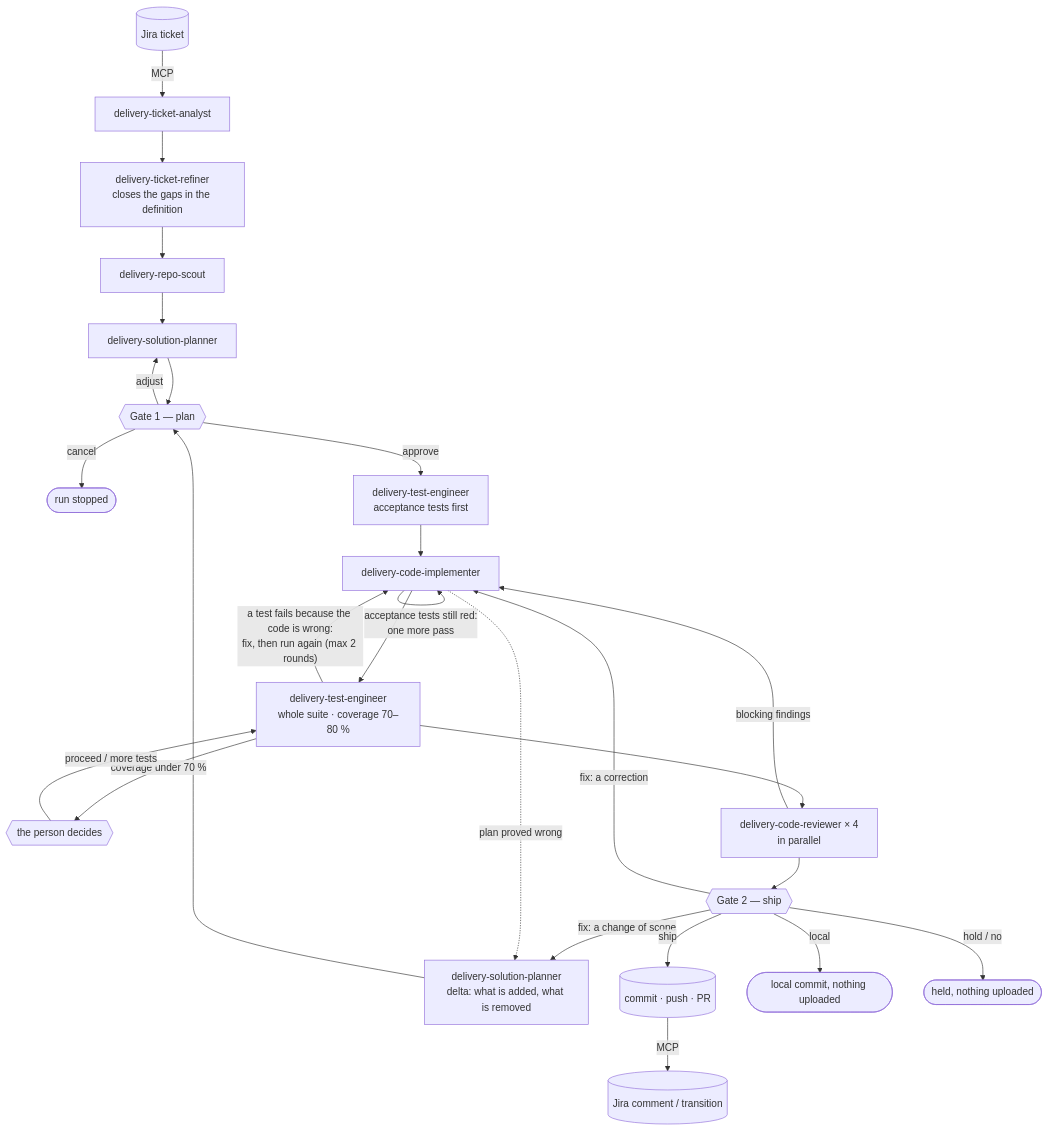
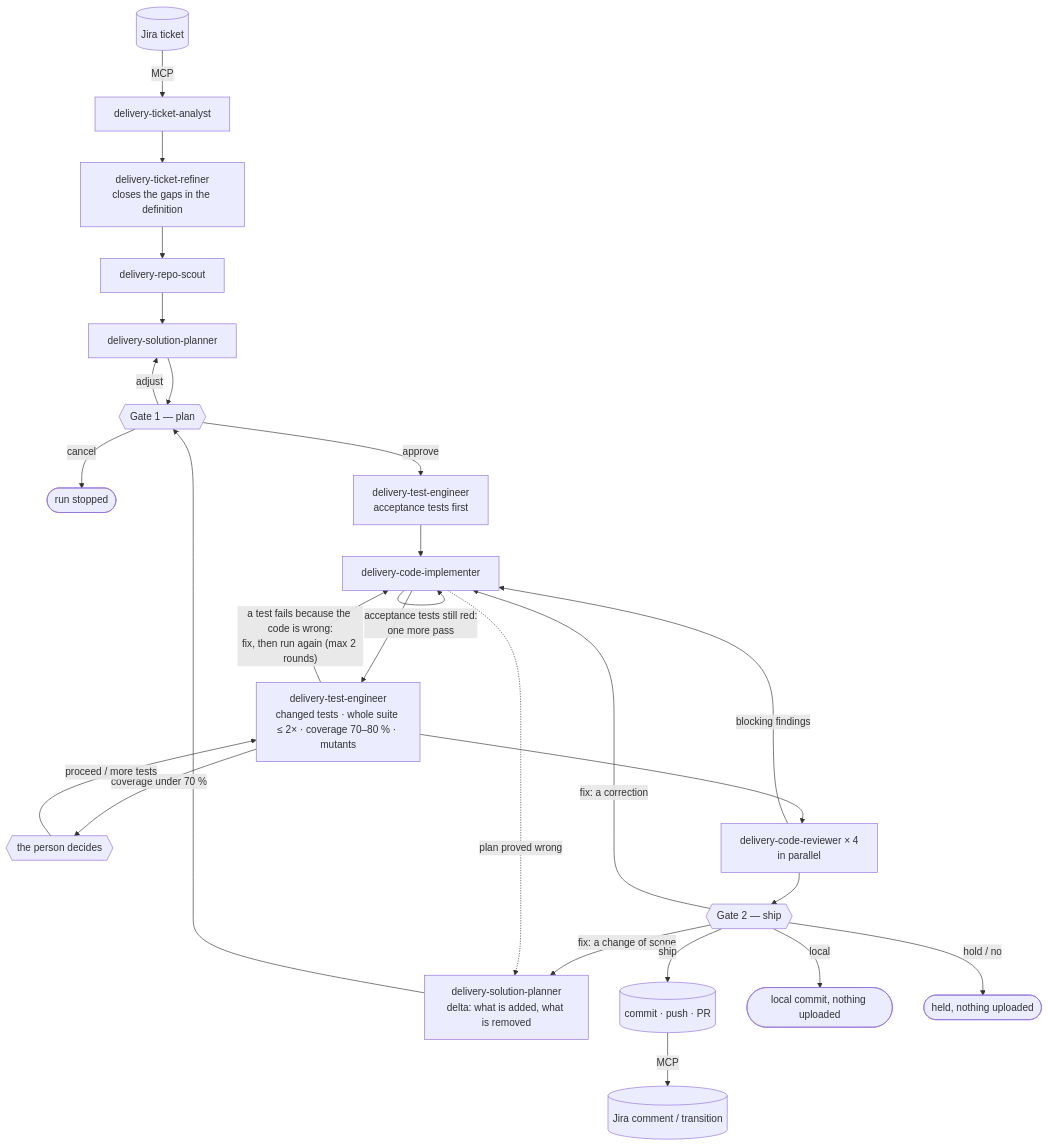
The diagram in README.md (grananda/ai-enabler), drawn with Mermaid before and after one commit. The commit also changed other lines of this file and 29 other files, not shown here.

````diff
--- a/README.md
+++ b/README.md
@@ -14,28 +14,28 @@
 ```mermaid
 flowchart TD
     J[(Jira ticket)] -->|MCP| A[delivery-ticket-analyst]
     A --> RF["delivery-ticket-refiner<br/>closes the gaps in the definition"]
     RF --> S[delivery-repo-scout]
     S --> P[delivery-solution-planner]
     P --> G1{{"Gate 1 — plan"}}
     G1 -->|adjust| P
     G1 -->|cancel| X([run stopped])
     G1 -->|approve| AT["delivery-test-engineer<br/>acceptance tests first"]
     AT --> I[delivery-code-implementer]
     I -->|"acceptance tests still red:<br/>one more pass"| I
-    I --> T["delivery-test-engineer<br/>whole suite · coverage 70–80 %"]
+    I --> T["delivery-test-engineer<br/>changed tests · whole suite ≤ 2× · coverage 70–80 % · mutants"]
     T -->|"a test fails because the code is wrong:<br/>fix, then run again (max 2 rounds)"| I
     T -->|"coverage under 70 %"| CV{{"the person decides"}}
     CV -->|"proceed / more tests"| T
     T --> R["delivery-code-reviewer × 4<br/>in parallel"]
     R -->|blocking findings| I
     R --> G2{{"Gate 2 — ship"}}
     G2 -->|"fix: a correction"| I
     G2 -->|"fix: a change of scope"| DL["delivery-solution-planner<br/>delta: what is added, what is removed"]
     I -.->|plan proved wrong| DL
     DL --> G1
     G2 -->|ship| PR[(commit · push · PR)]
     PR -->|MCP| JU[(Jira comment / transition)]
     G2 -->|local| LC([local commit, nothing uploaded])
     G2 -->|"hold / no"| H([held, nothing uploaded])
 ```
````
